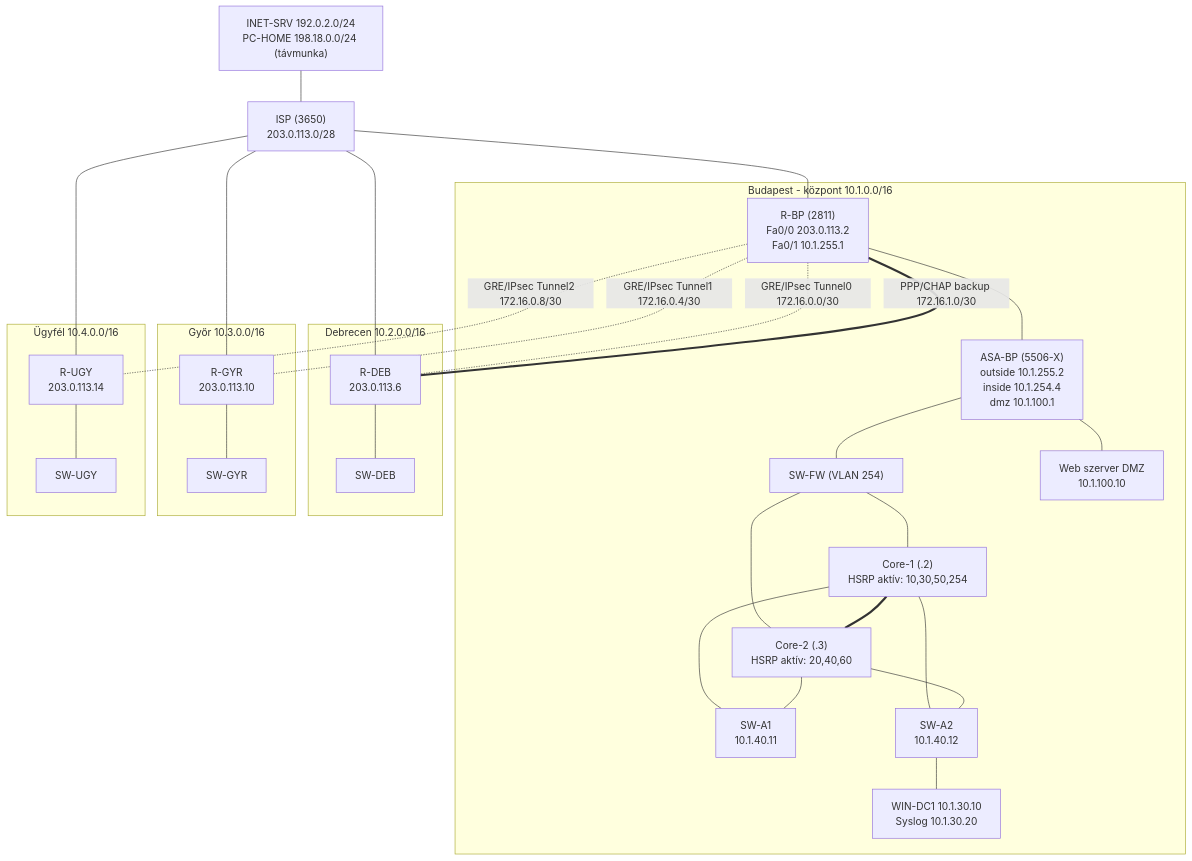
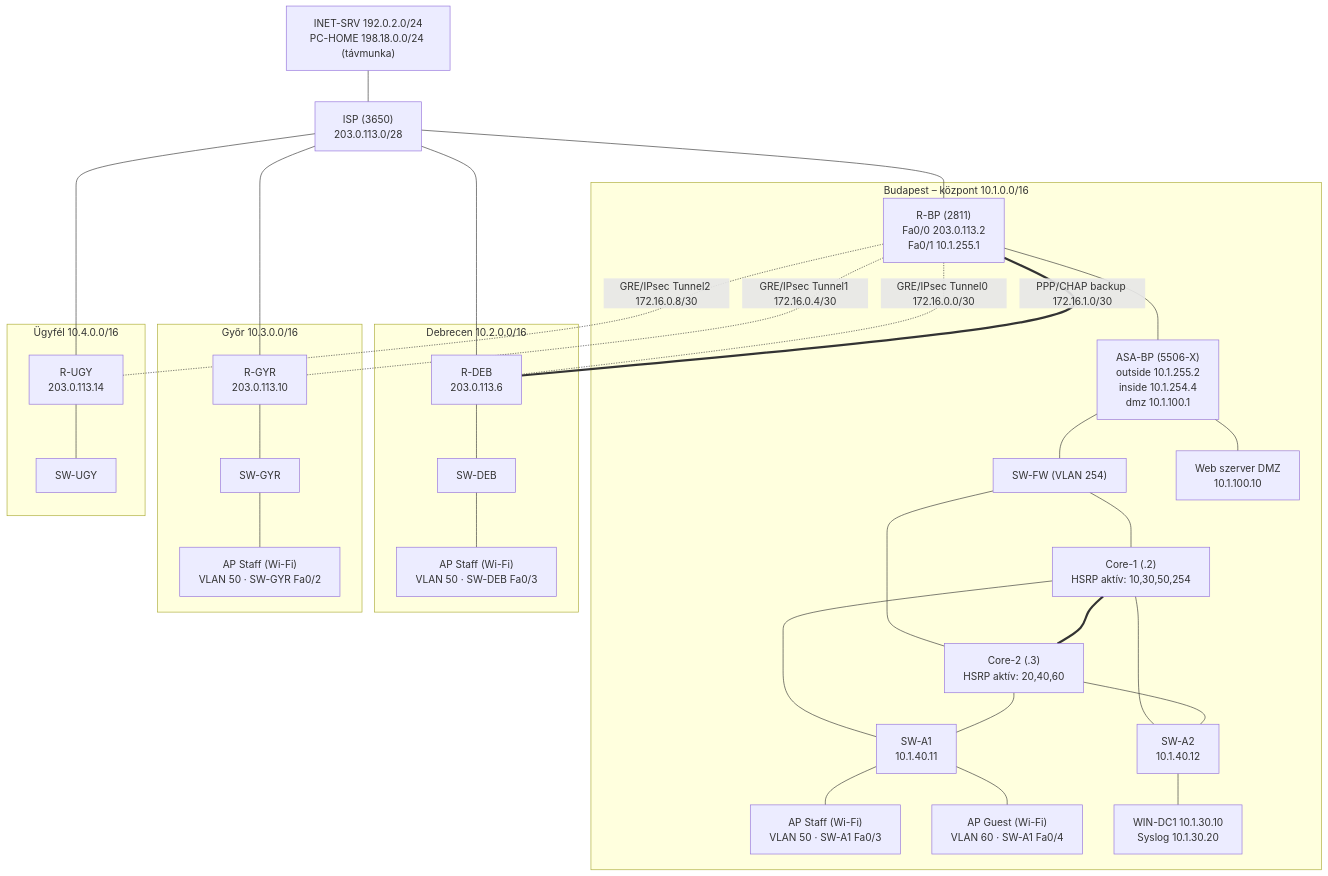
The diagram in README.md (Lejnisz/Vizsgaremek), drawn with Mermaid before and after one commit. The commit also changed other lines of this file, not shown here.

````diff
--- a/README.md
+++ b/README.md
@@ -13,48 +14,54 @@
 ```mermaid
 flowchart TB
   INET["INET-SRV 192.0.2.0/24<br/>PC-HOME 198.18.0.0/24 (távmunka)"]
   ISP["ISP (3650)<br/>203.0.113.0/28"]
   INET --- ISP
 
-  subgraph BP["Budapest - központ 10.1.0.0/16"]
+  subgraph BP["Budapest – központ 10.1.0.0/16"]
     RBP["R-BP (2811)<br/>Fa0/0 203.0.113.2<br/>Fa0/1 10.1.255.1"]
     ASA["ASA-BP (5506-X)<br/>outside 10.1.255.2<br/>inside 10.1.254.4<br/>dmz 10.1.100.1"]
     SWFW["SW-FW (VLAN 254)"]
     C1["Core-1 (.2)<br/>HSRP aktív: 10,30,50,254"]
     C2["Core-2 (.3)<br/>HSRP aktív: 20,40,60"]
     A1["SW-A1<br/>10.1.40.11"]
     A2["SW-A2<br/>10.1.40.12"]
+    APS["AP Staff (Wi-Fi)<br/>VLAN 50 · SW-A1 Fa0/3"]
+    APG["AP Guest (Wi-Fi)<br/>VLAN 60 · SW-A1 Fa0/4"]
     DMZ["Web szerver DMZ<br/>10.1.100.10"]
     SRV["WIN-DC1 10.1.30.10<br/>Syslog 10.1.30.20"]
     RBP --- ASA
     ASA --- SWFW
     SWFW --- C1
     SWFW --- C2
     C1 === C2
     C1 --- A1
     C2 --- A1
     C1 --- A2
     C2 --- A2
+    A1 --- APS
+    A1 --- APG
     ASA --- DMZ
     A2 --- SRV
   end
 
   subgraph DEB["Debrecen 10.2.0.0/16"]
     RDEB["R-DEB<br/>203.0.113.6"] --- SWDEB["SW-DEB"]
+    SWDEB --- APDEB["AP Staff (Wi-Fi)<br/>VLAN 50 · SW-DEB Fa0/3"]
   end
   subgraph GYR["Győr 10.3.0.0/16"]
     RGYR["R-GYR<br/>203.0.113.10"] --- SWGYR["SW-GYR"]
+    SWGYR --- APGYR["AP Staff (Wi-Fi)<br/>VLAN 50 · SW-GYR Fa0/2"]
   end
   subgraph UGY["Ügyfél 10.4.0.0/16"]
     RUGY["R-UGY<br/>203.0.113.14"] --- SWUGY["SW-UGY"]
   end
 
   ISP --- RBP
   ISP --- RDEB
   ISP --- RGYR
   ISP --- RUGY
   RBP -. "GRE/IPsec Tunnel0 172.16.0.0/30" .- RDEB
   RBP -. "GRE/IPsec Tunnel1 172.16.0.4/30" .- RGYR
   RBP -. "GRE/IPsec Tunnel2 172.16.0.8/30" .- RUGY
   RBP == "PPP/CHAP backup 172.16.1.0/30" === RDEB
 ```
````
